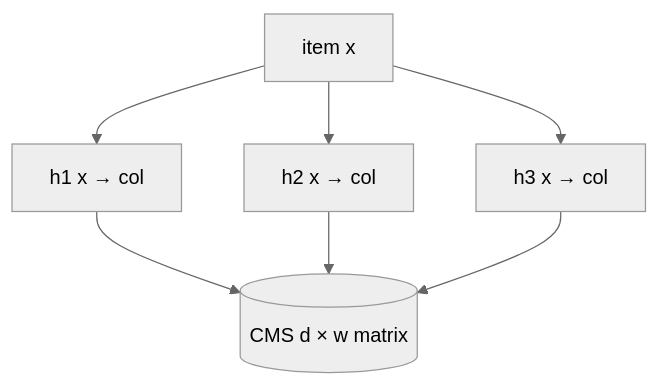
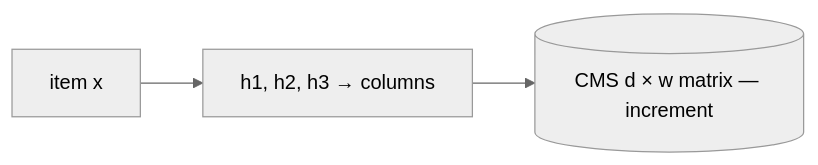
Before and after one commit to hareramcse/SystemDesign: the eighth of 19 diagrams in 13-advanced-topics/README.md, drawn with Mermaid (neutral theme). The commit also changed other lines of this file, not shown here.

````diff
--- a/13-advanced-topics/README.md
+++ b/13-advanced-topics/README.md
@@ -714,9 +714,5 @@
 ```mermaid
-flowchart TB
-    X[item x] --> H1[h1 x → col]
-    X --> H2[h2 x → col]
-    X --> H3[h3 x → col]
-    H1 --> M[(CMS d × w matrix)]
-    H2 --> M
-    H3 --> M
+flowchart LR
+    X[item x] --> H[h1, h2, h3 → columns]
+    H --> M[(CMS d × w matrix — increment)]
 ```
````
